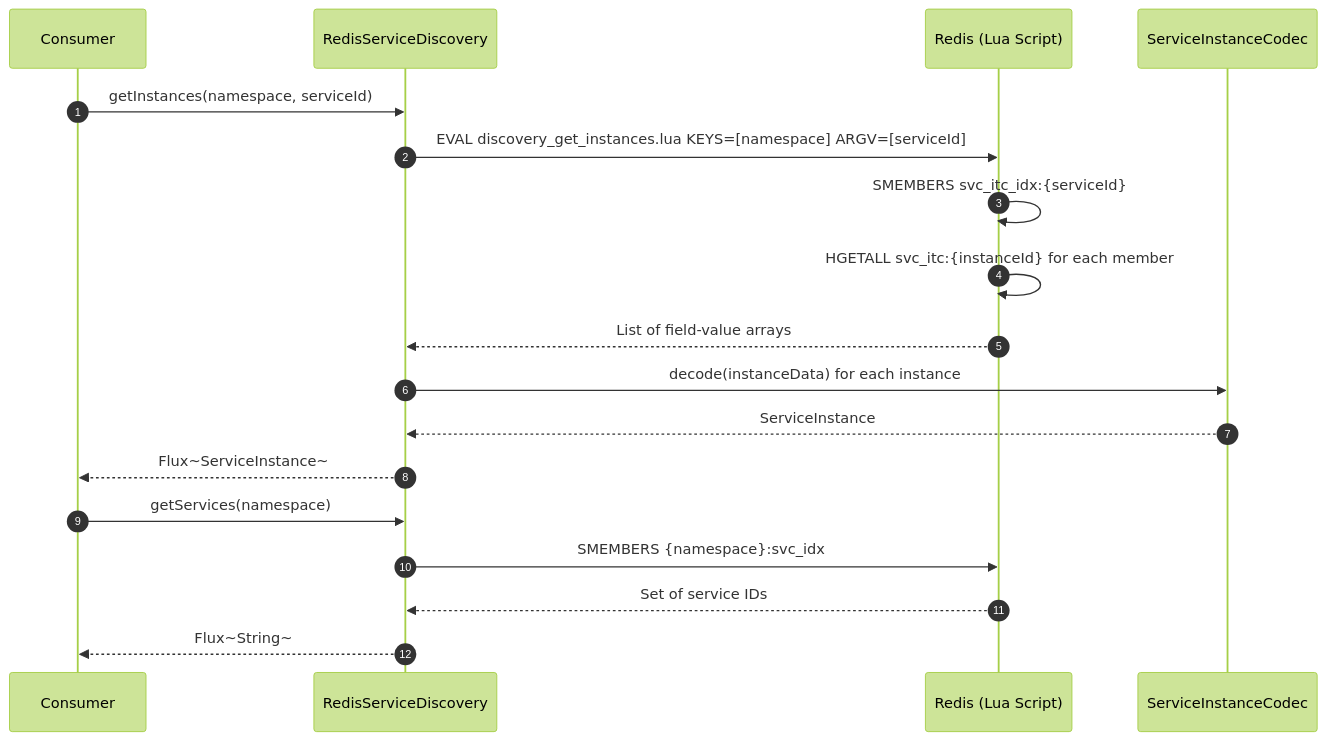
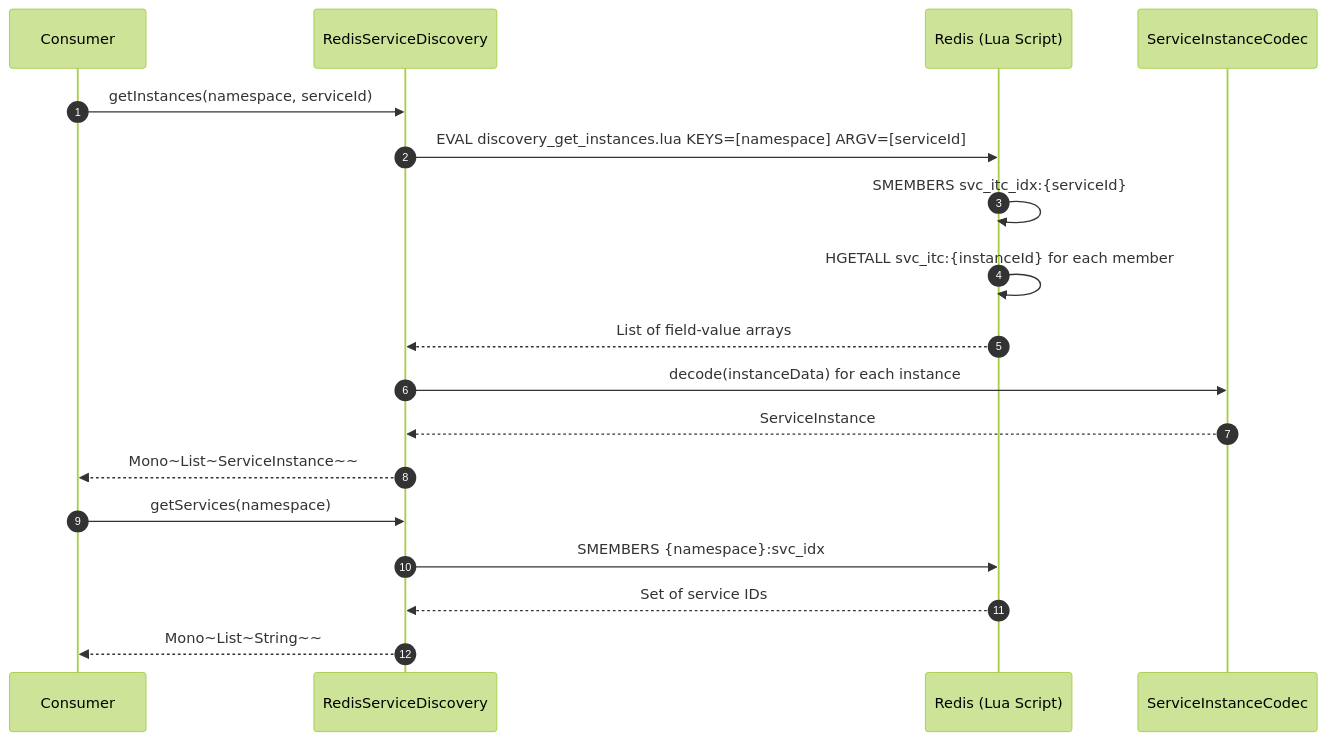
The first of 4 diagrams in wiki/guide/service-discovery.md (Ahoo-Wang/CoSky), drawn with Mermaid (forest theme) before and after one commit. The commit also changed other lines of this file and 35 other files, not shown here.

````diff
--- a/wiki/guide/service-discovery.md
+++ b/wiki/guide/service-discovery.md
@@ -93,22 +95,22 @@
 ```mermaid
 sequenceDiagram
     autonumber
     participant Client as Consumer
     participant RSD as RedisServiceDiscovery
     participant Redis as Redis (Lua Script)
     participant Codec as ServiceInstanceCodec
 
     Client->>RSD: getInstances(namespace, serviceId)
     RSD->>Redis: EVAL discovery_get_instances.lua KEYS=[namespace] ARGV=[serviceId]
     Redis->>Redis: SMEMBERS svc_itc_idx:{serviceId}
     Redis->>Redis: HGETALL svc_itc:{instanceId} for each member
     Redis-->>RSD: List of field-value arrays
     RSD->>Codec: decode(instanceData) for each instance
     Codec-->>RSD: ServiceInstance
-    RSD-->>Client: Flux~ServiceInstance~
+    RSD-->>Client: Mono~List~ServiceInstance~~
 
     Client->>RSD: getServices(namespace)
     RSD->>Redis: SMEMBERS {namespace}:svc_idx
     Redis-->>RSD: Set of service IDs
-    RSD-->>Client: Flux~String~
+    RSD-->>Client: Mono~List~String~~
 ```
````
